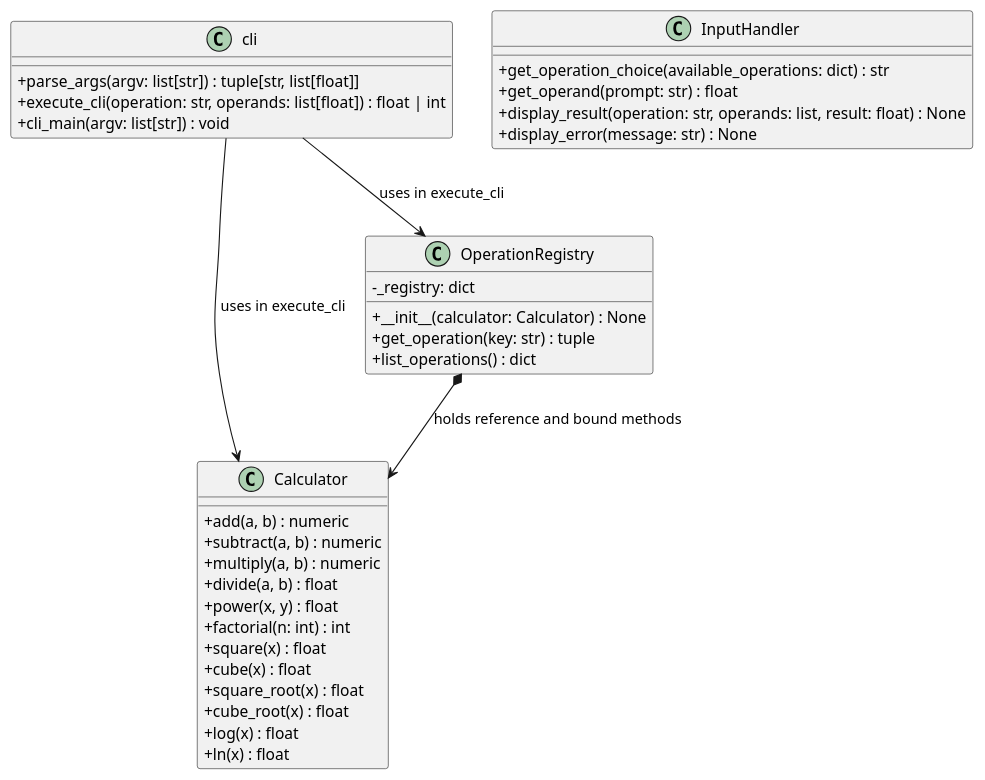
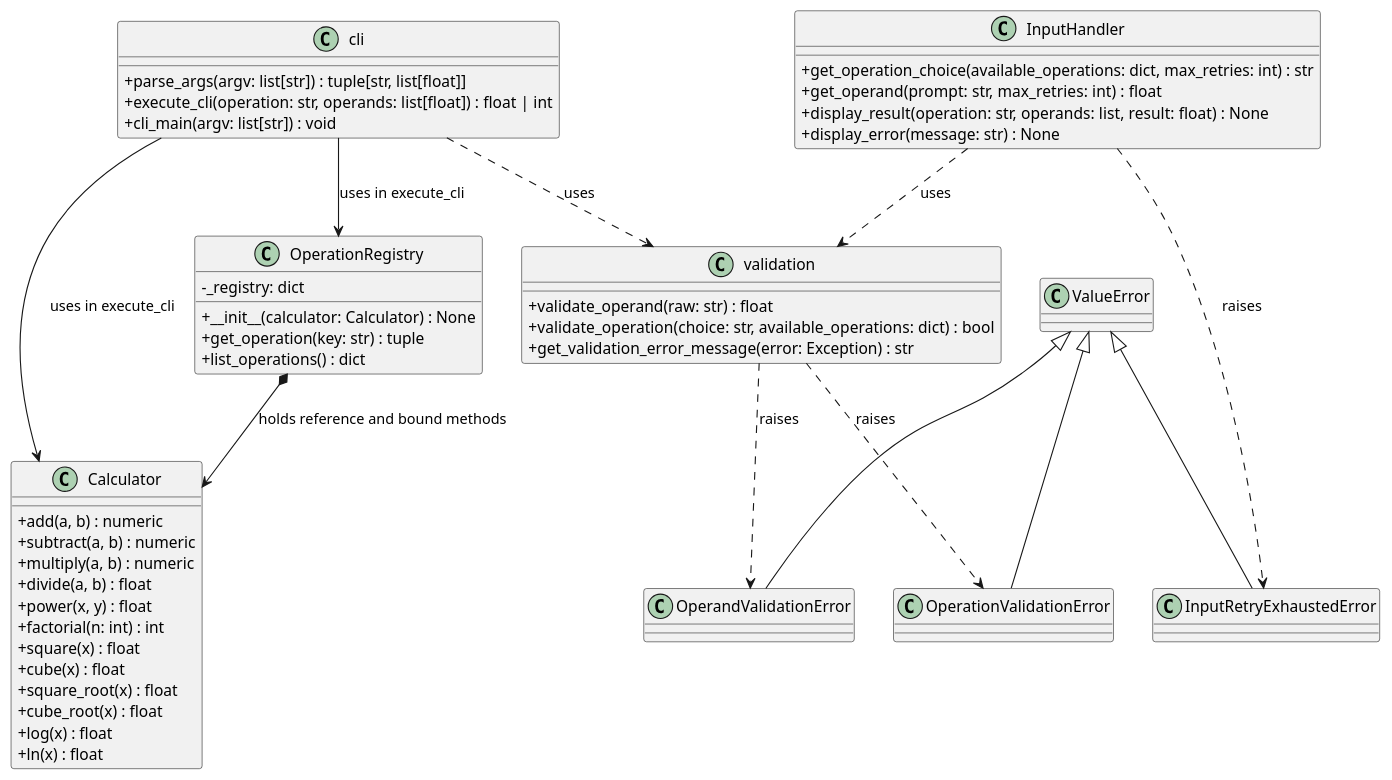
Before and after one commit to DanielRiha8906/Calculator_bachelor_autoevolution_team: the diagram in artifacts/class_diagram_calculator_io.puml, drawn with PlantUML. The commit also changed 3 other files, not shown here.

Commit message:
docs: update diagrams for input validation and retry logic (#255)

```diff
--- a/artifacts/class_diagram_calculator_io.puml
+++ b/artifacts/class_diagram_calculator_io.puml
@@ -1,45 +1,71 @@
 @startuml class_diagram_calculator_io
 
 skinparam classAttributeIconSize 0
 
 class Calculator {
     +add(a, b) : numeric
     +subtract(a, b) : numeric
     +multiply(a, b) : numeric
     +divide(a, b) : float
     +power(x, y) : float
     +factorial(n: int) : int
     +square(x) : float
     +cube(x) : float
     +square_root(x) : float
     +cube_root(x) : float
     +log(x) : float
     +ln(x) : float
 }
 
 class InputHandler {
-    +get_operation_choice(available_operations: dict) : str
-    +get_operand(prompt: str) : float
+    +get_operation_choice(available_operations: dict, max_retries: int) : str
+    +get_operand(prompt: str, max_retries: int) : float
     +display_result(operation: str, operands: list, result: float) : None
     +display_error(message: str) : None
 }
+
+class InputRetryExhaustedError {
+}
+ValueError <|-- InputRetryExhaustedError
+
+InputHandler ..> InputRetryExhaustedError : raises
 
 class OperationRegistry {
     -_registry: dict
     +__init__(calculator: Calculator) : None
     +get_operation(key: str) : tuple
     +list_operations() : dict
 }
 
 OperationRegistry *--> Calculator : holds reference and bound methods
 
 class cli {
     +parse_args(argv: list[str]) : tuple[str, list[float]]
     +execute_cli(operation: str, operands: list[float]) : float | int
     +cli_main(argv: list[str]) : void
 }
 
 cli --> Calculator : uses in execute_cli
 cli --> OperationRegistry : uses in execute_cli
 
+class validation {
+    +validate_operand(raw: str) : float
+    +validate_operation(choice: str, available_operations: dict) : bool
+    +get_validation_error_message(error: Exception) : str
+}
+
+class OperandValidationError {
+}
+ValueError <|-- OperandValidationError
+
+class OperationValidationError {
+}
+ValueError <|-- OperationValidationError
+
+validation ..> OperandValidationError : raises
+validation ..> OperationValidationError : raises
+
+InputHandler ..> validation : uses
+cli ..> validation : uses
+
 @enduml
```
